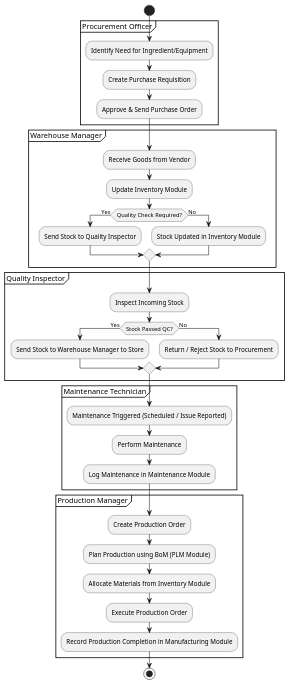
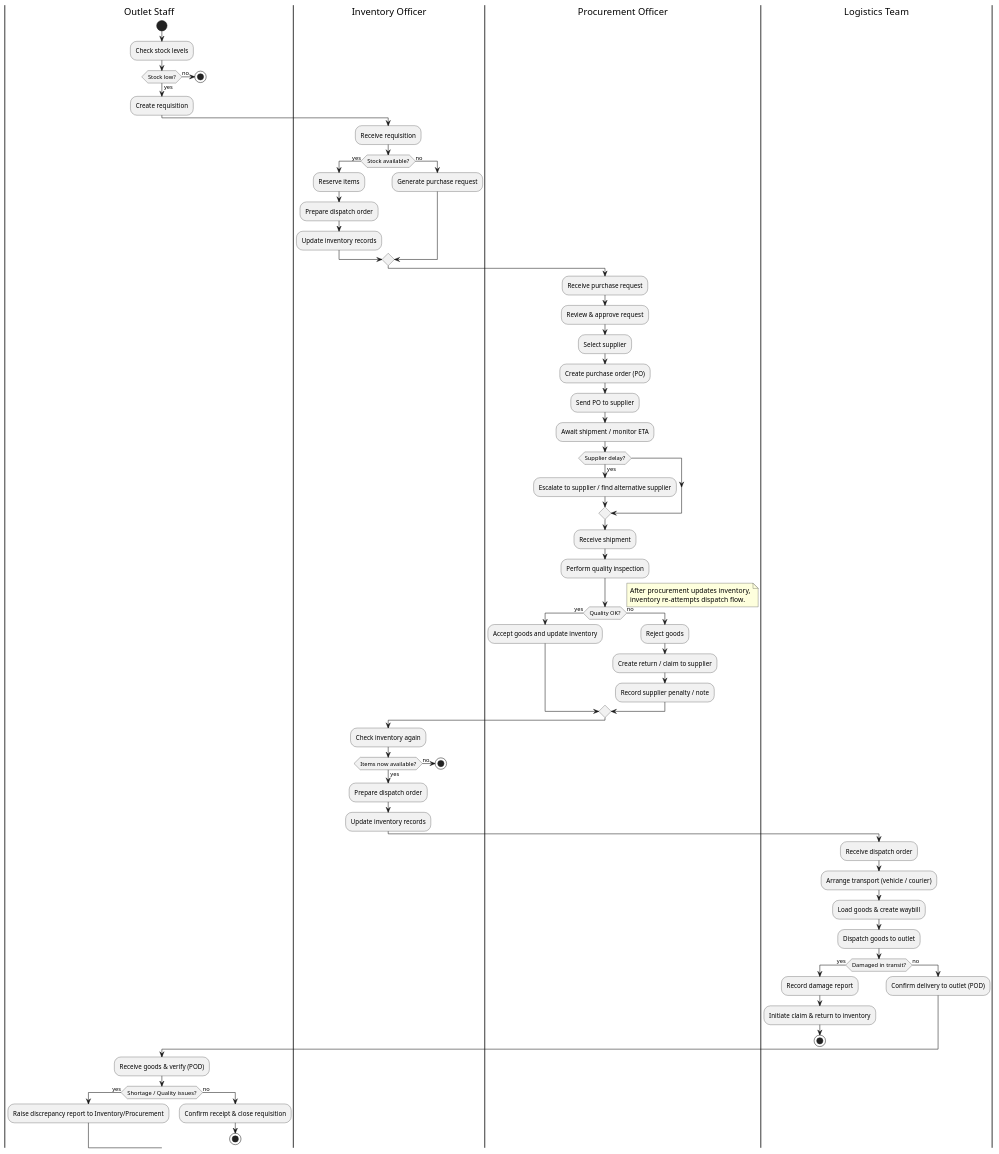
The diagram in BPMN diagrams/supplychain.puml (e-uphoria/Coffee-Chain-Management-in-Odoo), drawn with PlantUML before and after one commit. The commit also changed 4 other files, not shown here.

Commit message:
diagrams

```diff
--- a/BPMN diagrams/supplychain.puml
+++ b/BPMN diagrams/supplychain.puml
@@ -1,47 +1,79 @@
-@startuml CafeSupplyChain_BPMN
-!pragma layout smetana
+@startuml
+' Café ERP — Supply Chain (Activity diagram with swimlanes)
+' Render with PlantUML (VS Code PlantUML extension or plantuml.com server)
 
+|Outlet Staff|
 start
+:Check stock levels;
+if (Stock low?) then (yes)
+  :Create requisition;
+else (no)
+  stop
+endif
 
-partition "Procurement Officer" {
-    :Identify Need for Ingredient/Equipment;
-    :Create Purchase Requisition;
-    :Approve & Send Purchase Order;
-}
+|Inventory Officer|
+:Receive requisition;
+if (Stock available?) then (yes)
+  :Reserve items;
+  :Prepare dispatch order;
+  :Update inventory records;
+else (no)
+  :Generate purchase request;
+endif
 
-partition "Warehouse Manager" {
-    :Receive Goods from Vendor;
-    :Update Inventory Module;
-    if (Quality Check Required?) then (Yes)
-        :Send Stock to Quality Inspector;
-    else (No)
-        :Stock Updated in Inventory Module;
-    endif
-}
+|Procurement Officer|
+:Receive purchase request;
+:Review & approve request;
+:Select supplier;
+:Create purchase order (PO);
+:Send PO to supplier;
+:Await shipment / monitor ETA;
+if (Supplier delay?) then (yes)
+  :Escalate to supplier / find alternative supplier;
+endif
+:Receive shipment;
+:Perform quality inspection;
+if (Quality OK?) then (yes)
+  :Accept goods and update inventory;
+else (no)
+  :Reject goods; 
+  :Create return / claim to supplier;
+  :Record supplier penalty / note;
+endif
 
-partition "Quality Inspector" {
-    :Inspect Incoming Stock;
-    if (Stock Passed QC?) then (Yes)
-        :Send Stock to Warehouse Manager to Store;
-    else (No)
-        :Return / Reject Stock to Procurement;
-    endif
-}
+|Inventory Officer|
+note right
+ After procurement updates inventory,
+ inventory re-attempts dispatch flow.
+end note
+:Check inventory again;
+if (Items now available?) then (yes)
+  :Prepare dispatch order;
+  :Update inventory records;
+else (no)
+  stop
+endif
 
-partition "Maintenance Technician" {
-    :Maintenance Triggered (Scheduled / Issue Reported);
-    :Perform Maintenance;
-    :Log Maintenance in Maintenance Module;
-}
+|Logistics Team|
+:Receive dispatch order;
+:Arrange transport (vehicle / courier);
+:Load goods & create waybill;
+:Dispatch goods to outlet;
+if (Damaged in transit?) then (yes)
+  :Record damage report;
+  :Initiate claim & return to inventory;
+  stop
+else (no)
+  :Confirm delivery to outlet (POD);
+endif
 
-partition "Production Manager" {
-    :Create Production Order;
-    :Plan Production using BoM (PLM Module);
-    :Allocate Materials from Inventory Module;
-    :Execute Production Order;
-    :Record Production Completion in Manufacturing Module;
-}
-
-stop
+|Outlet Staff|
+:Receive goods & verify (POD);
+if (Shortage / Quality issues?) then (yes)
+  :Raise discrepancy report to Inventory/Procurement;
+else (no)
+  :Confirm receipt & close requisition;
+  stop
+endif
 
 @enduml
```
